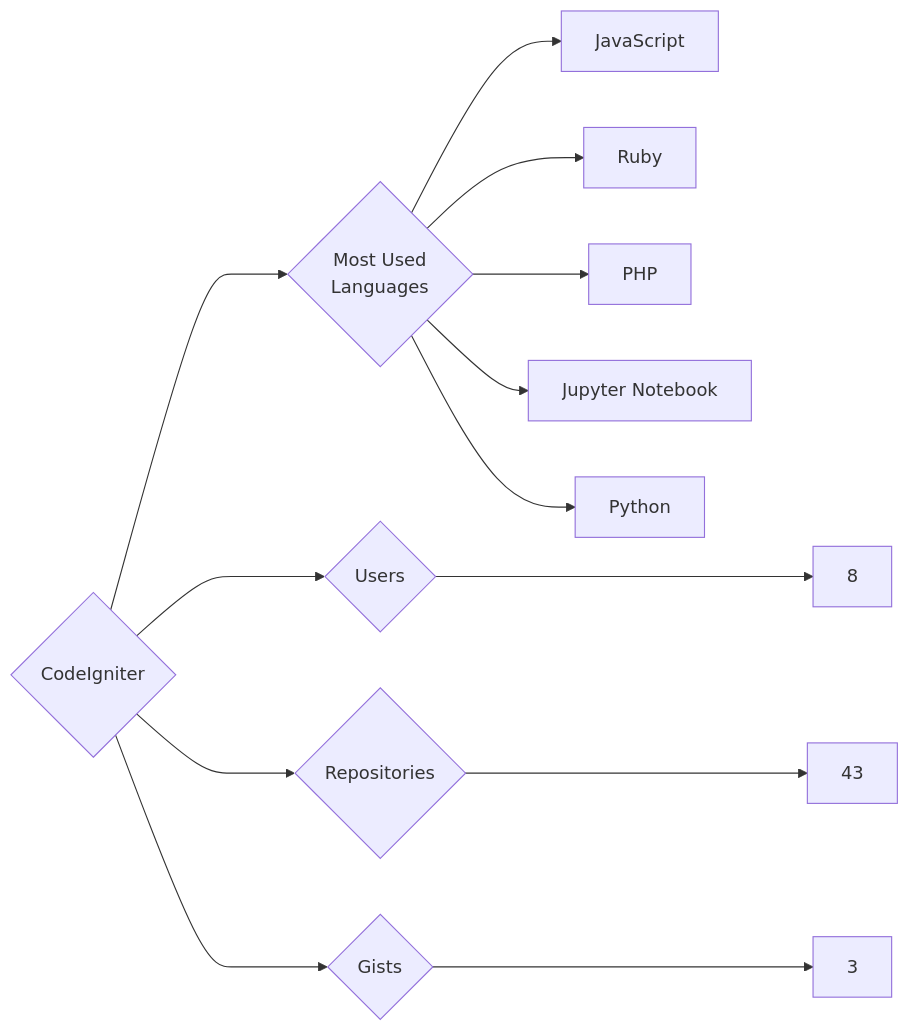
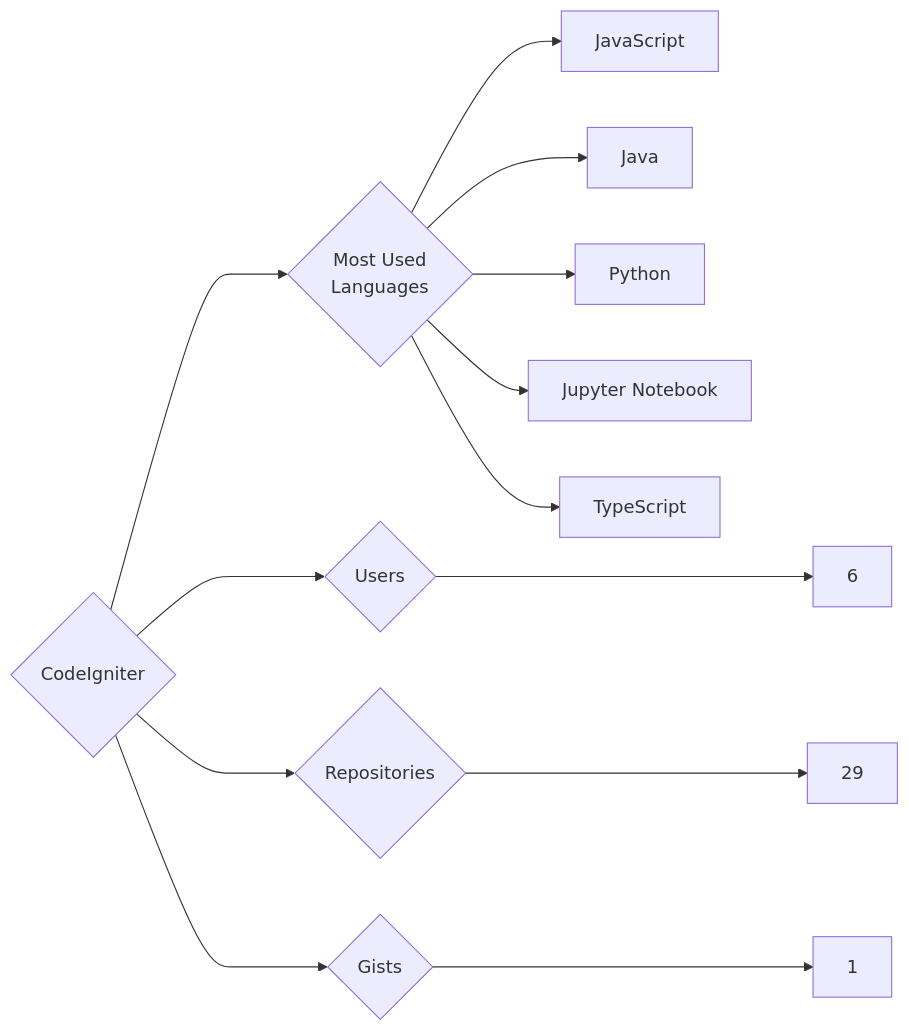
One commit to trickest/insiders changed the diagram in targets/CodeIgniter/README.md. Above: the diagram before and after it, drawn with Mermaid. The commit also changed 618 other files, not shown here.

````diff
--- a/targets/CodeIgniter/README.md
+++ b/targets/CodeIgniter/README.md
@@ -3,13 +3,13 @@
 ```mermaid
 graph LR
 COMPANY_NAME{CodeIgniter}
-COMPANY_NAME ---> U{Users} ---> UN[8]
-COMPANY_NAME ---> R{Repositories} ---> RN[43]
-COMPANY_NAME ---> G{Gists} ---> GN[3]
+COMPANY_NAME ---> U{Users} ---> UN[6]
+COMPANY_NAME ---> R{Repositories} ---> RN[29]
+COMPANY_NAME ---> G{Gists} ---> GN[1]
 COMPANY_NAME ---> ML{Most Used<br>Languages}
 ML --> JavaScript[JavaScript]
-ML --> Ruby[Ruby]
-ML --> PHP[PHP]
+ML --> Java[Java]
+ML --> Python[Python]
 ML --> Jupyter_Notebook[Jupyter Notebook]
-ML --> Python[Python]
+ML --> TypeScript[TypeScript]
 ```
````
